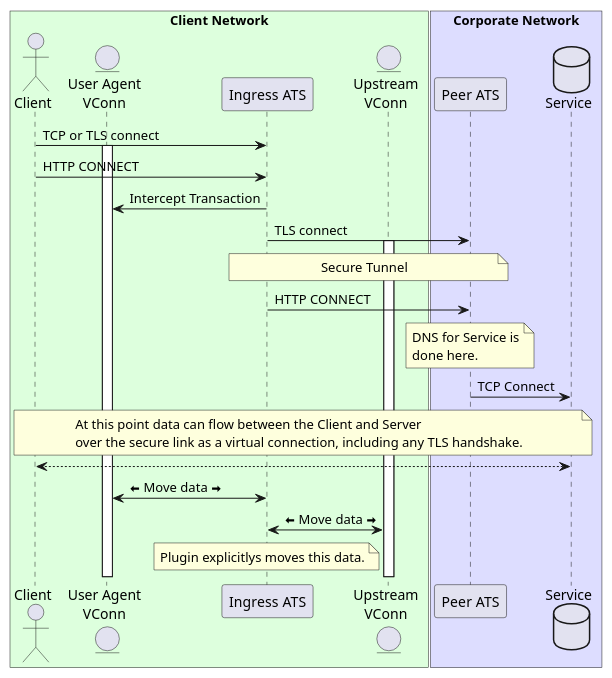
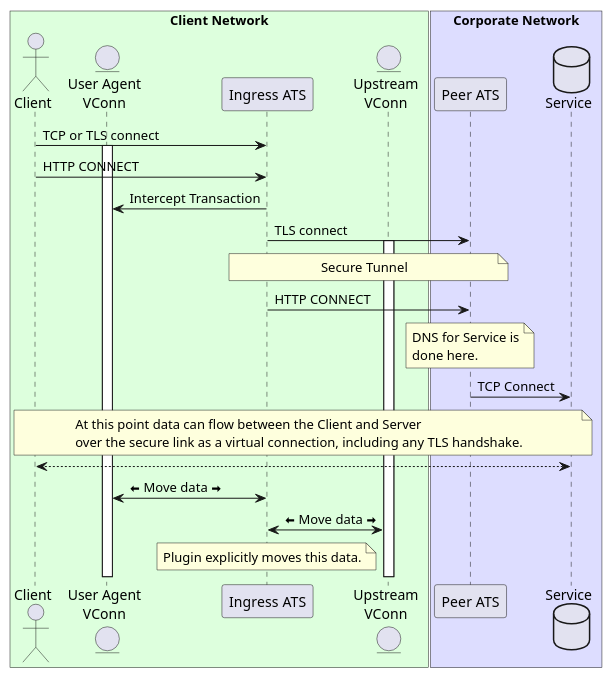
The third of 4 diagrams in doc/developer-guide/plugins/example-plugins/tls_bridge.en.rst (apache/trafficserver), drawn with PlantUML before and after one commit. The commit also changed other lines of this file and 93 other files, not shown here.

```diff
--- a/doc/developer-guide/plugins/example-plugins/tls_bridge.en.rst
+++ b/doc/developer-guide/plugins/example-plugins/tls_bridge.en.rst
@@ -237,34 +237,34 @@
 .. uml::
    :align: center
 
    @startuml
 
    box "Client Network" #DDFFDD
    actor Client
    entity "User Agent\nVConn" as lvc
    participant "Ingress ATS" as ingress
    entity "Upstream\nVConn" as rvc
    end box
    box "Corporate Network" #DDDDFF
    participant "Peer ATS" as peer
    database Service
    end box
 
    Client -> ingress : TCP or TLS connect
    activate lvc
    Client -> ingress : HTTP CONNECT
    ingress -> lvc : Intercept Transaction
    ingress -> peer : TLS connect
    activate rvc
    note over ingress,peer : Secure Tunnel
    ingress -> peer : HTTP CONNECT
    note over peer : DNS for Service is\ndone here.
    peer -> Service : TCP Connect
 
    note over Client, Service : At this point data can flow between the Client and Server\nover the secure link as a virtual connection, including any TLS handshake.
    Client <--> Service
    lvc <-> ingress : <&arrow-thick-left> Move data <&arrow-thick-right>
    ingress <-> rvc : <&arrow-thick-left> Move data <&arrow-thick-right>
-   note over ingress : Plugin explicitlys moves this data.
+   note over ingress : Plugin explicitly moves this data.
 
    @enduml
```
